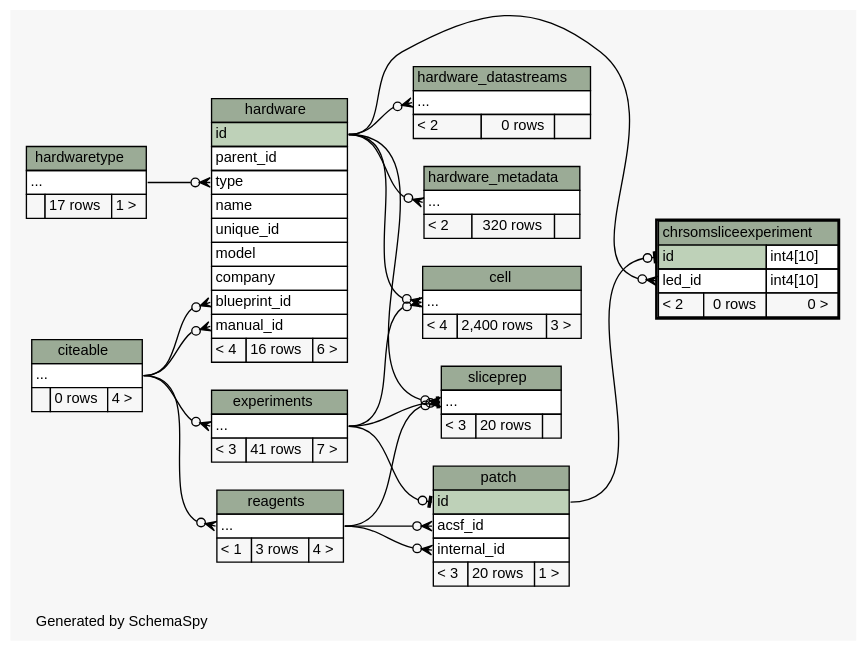
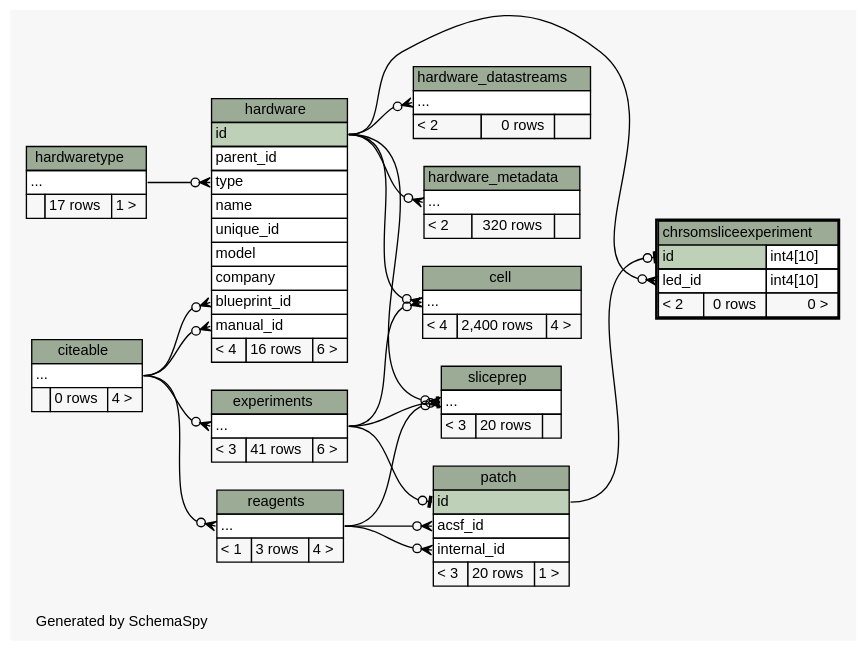
The diagram in database/ss/diagrams/chrsomsliceexperiment.2degrees.dot (tgbugs/mlab), drawn with Graphviz before and after one commit. The commit also changed 187 other files, not shown here.

```diff
--- a/database/ss/diagrams/chrsomsliceexperiment.2degrees.dot
+++ b/database/ss/diagrams/chrsomsliceexperiment.2degrees.dot
@@ -1,160 +1,160 @@
 // dot 2.32.0 on Windows 7 6.1
 // SchemaSpy rev 590
 digraph "twoDegreesRelationshipsDiagram" {
   graph [
     rankdir="RL"
     bgcolor="#f7f7f7"
     label="\nGenerated by SchemaSpy"
     labeljust="l"
     nodesep="0.18"
     ranksep="0.46"
     fontname="Helvetica"
     fontsize="11"
   ];
   node [
     fontname="Helvetica"
     fontsize="11"
     shape="plaintext"
   ];
   edge [
     arrowsize="0.8"
   ];
   "cell":"elipses":w -> "experiments":"elipses":e [arrowhead=none dir=back arrowtail=crowodot];
   "cell":"elipses":w -> "hardware":"id":e [arrowhead=none dir=back arrowtail=crowodot];
   "chrsomsliceexperiment":"id":w -> "patch":"id":e [arrowhead=none dir=back arrowtail=teeodot];
   "chrsomsliceexperiment":"led_id":w -> "hardware":"id":e [arrowhead=none dir=back arrowtail=crowodot];
   "experiments":"elipses":w -> "citeable":"elipses":e [arrowhead=none dir=back arrowtail=crowodot];
   "hardware":"blueprint_id":w -> "citeable":"elipses":e [arrowhead=none dir=back arrowtail=crowodot];
   "hardware":"manual_id":w -> "citeable":"elipses":e [arrowhead=none dir=back arrowtail=crowodot];
   "hardware":"type":w -> "hardwaretype":"elipses":e [arrowhead=none dir=back arrowtail=crowodot];
   "hardware_datastreams":"elipses":w -> "hardware":"id":e [arrowhead=none dir=back arrowtail=crowodot];
   "hardware_metadata":"elipses":w -> "hardware":"id":e [arrowhead=none dir=back arrowtail=crowodot];
   "patch":"acsf_id":w -> "reagents":"elipses":e [arrowhead=none dir=back arrowtail=crowodot];
   "patch":"id":w -> "experiments":"elipses":e [arrowhead=none dir=back arrowtail=teeodot];
   "patch":"internal_id":w -> "reagents":"elipses":e [arrowhead=none dir=back arrowtail=crowodot];
   "reagents":"elipses":w -> "citeable":"elipses":e [arrowhead=none dir=back arrowtail=crowodot];
   "sliceprep":"elipses":w -> "hardware":"id":e [arrowhead=none dir=back arrowtail=crowodot];
   "sliceprep":"elipses":w -> "experiments":"elipses":e [arrowhead=none dir=back arrowtail=teeodot];
   "sliceprep":"elipses":w -> "reagents":"elipses":e [arrowhead=none dir=back arrowtail=crowodot];
   "cell" [
     label=<
     <TABLE BORDER="0" CELLBORDER="1" CELLSPACING="0" BGCOLOR="#ffffff">
       <TR><TD COLSPAN="3" BGCOLOR="#9bab96" ALIGN="CENTER">cell</TD></TR>
       <TR><TD PORT="elipses" COLSPAN="3" ALIGN="LEFT">...</TD></TR>
-      <TR><TD ALIGN="LEFT" BGCOLOR="#f7f7f7">&lt; 4</TD><TD ALIGN="RIGHT" BGCOLOR="#f7f7f7">2,400 rows</TD><TD ALIGN="RIGHT" BGCOLOR="#f7f7f7">3 &gt;</TD></TR>
+      <TR><TD ALIGN="LEFT" BGCOLOR="#f7f7f7">&lt; 4</TD><TD ALIGN="RIGHT" BGCOLOR="#f7f7f7">2,400 rows</TD><TD ALIGN="RIGHT" BGCOLOR="#f7f7f7">4 &gt;</TD></TR>
     </TABLE>>
     URL="cell.html"
     tooltip="cell"
   ];
   "chrsomsliceexperiment" [
     label=<
     <TABLE BORDER="2" CELLBORDER="1" CELLSPACING="0" BGCOLOR="#ffffff">
       <TR><TD COLSPAN="3" BGCOLOR="#9bab96" ALIGN="CENTER">chrsomsliceexperiment</TD></TR>
       <TR><TD PORT="id" COLSPAN="2" BGCOLOR="#bed1b8" ALIGN="LEFT">id</TD><TD PORT="id.type" ALIGN="LEFT">int4[10]</TD></TR>
       <TR><TD PORT="led_id" COLSPAN="2" ALIGN="LEFT">led_id</TD><TD PORT="led_id.type" ALIGN="LEFT">int4[10]</TD></TR>
       <TR><TD ALIGN="LEFT" BGCOLOR="#f7f7f7">&lt; 2</TD><TD ALIGN="RIGHT" BGCOLOR="#f7f7f7">0 rows</TD><TD ALIGN="RIGHT" BGCOLOR="#f7f7f7">0 &gt;</TD></TR>
     </TABLE>>
     URL="chrsomsliceexperiment.html"
     tooltip="chrsomsliceexperiment"
   ];
   "citeable" [
     label=<
     <TABLE BORDER="0" CELLBORDER="1" CELLSPACING="0" BGCOLOR="#ffffff">
       <TR><TD COLSPAN="3" BGCOLOR="#9bab96" ALIGN="CENTER">citeable</TD></TR>
       <TR><TD PORT="elipses" COLSPAN="3" ALIGN="LEFT">...</TD></TR>
       <TR><TD ALIGN="LEFT" BGCOLOR="#f7f7f7">  </TD><TD ALIGN="RIGHT" BGCOLOR="#f7f7f7">0 rows</TD><TD ALIGN="RIGHT" BGCOLOR="#f7f7f7">4 &gt;</TD></TR>
     </TABLE>>
     URL="citeable.html"
     tooltip="citeable"
   ];
   "experiments" [
     label=<
     <TABLE BORDER="0" CELLBORDER="1" CELLSPACING="0" BGCOLOR="#ffffff">
       <TR><TD COLSPAN="3" BGCOLOR="#9bab96" ALIGN="CENTER">experiments</TD></TR>
       <TR><TD PORT="elipses" COLSPAN="3" ALIGN="LEFT">...</TD></TR>
-      <TR><TD ALIGN="LEFT" BGCOLOR="#f7f7f7">&lt; 3</TD><TD ALIGN="RIGHT" BGCOLOR="#f7f7f7">41 rows</TD><TD ALIGN="RIGHT" BGCOLOR="#f7f7f7">7 &gt;</TD></TR>
+      <TR><TD ALIGN="LEFT" BGCOLOR="#f7f7f7">&lt; 3</TD><TD ALIGN="RIGHT" BGCOLOR="#f7f7f7">41 rows</TD><TD ALIGN="RIGHT" BGCOLOR="#f7f7f7">6 &gt;</TD></TR>
     </TABLE>>
     URL="experiments.html"
     tooltip="experiments"
   ];
   "hardware" [
     label=<
     <TABLE BORDER="0" CELLBORDER="1" CELLSPACING="0" BGCOLOR="#ffffff">
       <TR><TD COLSPAN="3" BGCOLOR="#9bab96" ALIGN="CENTER">hardware</TD></TR>
       <TR><TD PORT="id" COLSPAN="3" BGCOLOR="#bed1b8" ALIGN="LEFT">id</TD></TR>
       <TR><TD PORT="parent_id" COLSPAN="3" ALIGN="LEFT">parent_id</TD></TR>
       <TR><TD PORT="type" COLSPAN="3" ALIGN="LEFT">type</TD></TR>
       <TR><TD PORT="name" COLSPAN="3" ALIGN="LEFT">name</TD></TR>
       <TR><TD PORT="unique_id" COLSPAN="3" ALIGN="LEFT">unique_id</TD></TR>
       <TR><TD PORT="model" COLSPAN="3" ALIGN="LEFT">model</TD></TR>
       <TR><TD PORT="company" COLSPAN="3" ALIGN="LEFT">company</TD></TR>
       <TR><TD PORT="blueprint_id" COLSPAN="3" ALIGN="LEFT">blueprint_id</TD></TR>
       <TR><TD PORT="manual_id" COLSPAN="3" ALIGN="LEFT">manual_id</TD></TR>
       <TR><TD ALIGN="LEFT" BGCOLOR="#f7f7f7">&lt; 4</TD><TD ALIGN="RIGHT" BGCOLOR="#f7f7f7">16 rows</TD><TD ALIGN="RIGHT" BGCOLOR="#f7f7f7">6 &gt;</TD></TR>
     </TABLE>>
     URL="hardware.html"
     tooltip="hardware"
   ];
   "hardware_datastreams" [
     label=<
     <TABLE BORDER="0" CELLBORDER="1" CELLSPACING="0" BGCOLOR="#ffffff">
       <TR><TD COLSPAN="3" BGCOLOR="#9bab96" ALIGN="CENTER">hardware_datastreams</TD></TR>
       <TR><TD PORT="elipses" COLSPAN="3" ALIGN="LEFT">...</TD></TR>
       <TR><TD ALIGN="LEFT" BGCOLOR="#f7f7f7">&lt; 2</TD><TD ALIGN="RIGHT" BGCOLOR="#f7f7f7">0 rows</TD><TD ALIGN="RIGHT" BGCOLOR="#f7f7f7">  </TD></TR>
     </TABLE>>
     URL="hardware_datastreams.html"
     tooltip="hardware_datastreams"
   ];
   "hardware_metadata" [
     label=<
     <TABLE BORDER="0" CELLBORDER="1" CELLSPACING="0" BGCOLOR="#ffffff">
       <TR><TD COLSPAN="3" BGCOLOR="#9bab96" ALIGN="CENTER">hardware_metadata</TD></TR>
       <TR><TD PORT="elipses" COLSPAN="3" ALIGN="LEFT">...</TD></TR>
       <TR><TD ALIGN="LEFT" BGCOLOR="#f7f7f7">&lt; 2</TD><TD ALIGN="RIGHT" BGCOLOR="#f7f7f7">320 rows</TD><TD ALIGN="RIGHT" BGCOLOR="#f7f7f7">  </TD></TR>
     </TABLE>>
     URL="hardware_metadata.html"
     tooltip="hardware_metadata"
   ];
   "hardwaretype" [
     label=<
     <TABLE BORDER="0" CELLBORDER="1" CELLSPACING="0" BGCOLOR="#ffffff">
       <TR><TD COLSPAN="3" BGCOLOR="#9bab96" ALIGN="CENTER">hardwaretype</TD></TR>
       <TR><TD PORT="elipses" COLSPAN="3" ALIGN="LEFT">...</TD></TR>
       <TR><TD ALIGN="LEFT" BGCOLOR="#f7f7f7">  </TD><TD ALIGN="RIGHT" BGCOLOR="#f7f7f7">17 rows</TD><TD ALIGN="RIGHT" BGCOLOR="#f7f7f7">1 &gt;</TD></TR>
     </TABLE>>
     URL="hardwaretype.html"
     tooltip="hardwaretype"
   ];
   "patch" [
     label=<
     <TABLE BORDER="0" CELLBORDER="1" CELLSPACING="0" BGCOLOR="#ffffff">
       <TR><TD COLSPAN="3" BGCOLOR="#9bab96" ALIGN="CENTER">patch</TD></TR>
       <TR><TD PORT="id" COLSPAN="3" BGCOLOR="#bed1b8" ALIGN="LEFT">id</TD></TR>
       <TR><TD PORT="acsf_id" COLSPAN="3" ALIGN="LEFT">acsf_id</TD></TR>
       <TR><TD PORT="internal_id" COLSPAN="3" ALIGN="LEFT">internal_id</TD></TR>
       <TR><TD ALIGN="LEFT" BGCOLOR="#f7f7f7">&lt; 3</TD><TD ALIGN="RIGHT" BGCOLOR="#f7f7f7">20 rows</TD><TD ALIGN="RIGHT" BGCOLOR="#f7f7f7">1 &gt;</TD></TR>
     </TABLE>>
     URL="patch.html"
     tooltip="patch"
   ];
   "reagents" [
     label=<
     <TABLE BORDER="0" CELLBORDER="1" CELLSPACING="0" BGCOLOR="#ffffff">
       <TR><TD COLSPAN="3" BGCOLOR="#9bab96" ALIGN="CENTER">reagents</TD></TR>
       <TR><TD PORT="elipses" COLSPAN="3" ALIGN="LEFT">...</TD></TR>
       <TR><TD ALIGN="LEFT" BGCOLOR="#f7f7f7">&lt; 1</TD><TD ALIGN="RIGHT" BGCOLOR="#f7f7f7">3 rows</TD><TD ALIGN="RIGHT" BGCOLOR="#f7f7f7">4 &gt;</TD></TR>
     </TABLE>>
     URL="reagents.html"
     tooltip="reagents"
   ];
   "sliceprep" [
     label=<
     <TABLE BORDER="0" CELLBORDER="1" CELLSPACING="0" BGCOLOR="#ffffff">
       <TR><TD COLSPAN="3" BGCOLOR="#9bab96" ALIGN="CENTER">sliceprep</TD></TR>
       <TR><TD PORT="elipses" COLSPAN="3" ALIGN="LEFT">...</TD></TR>
       <TR><TD ALIGN="LEFT" BGCOLOR="#f7f7f7">&lt; 3</TD><TD ALIGN="RIGHT" BGCOLOR="#f7f7f7">20 rows</TD><TD ALIGN="RIGHT" BGCOLOR="#f7f7f7">  </TD></TR>
     </TABLE>>
     URL="sliceprep.html"
     tooltip="sliceprep"
   ];
 }
```
